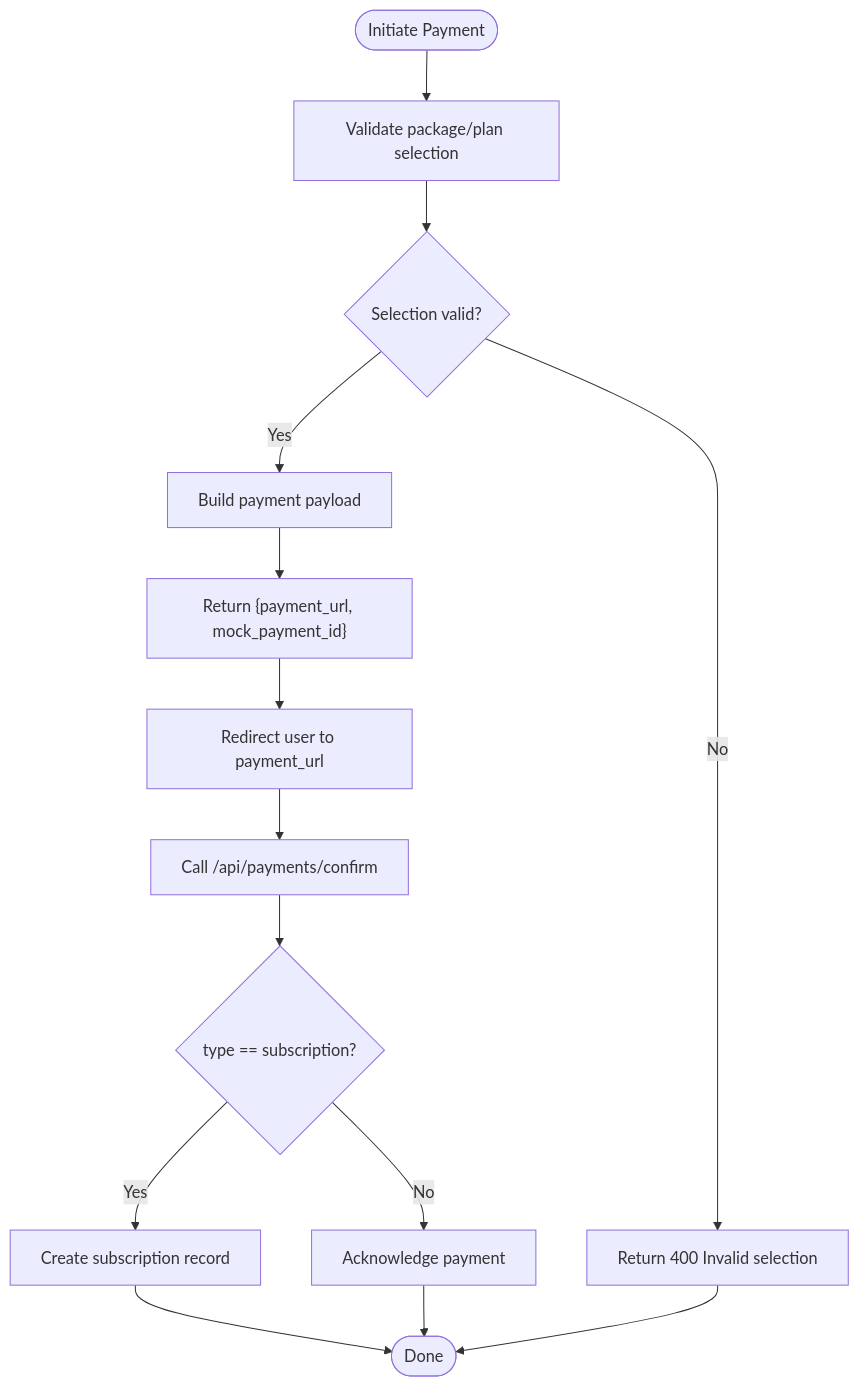
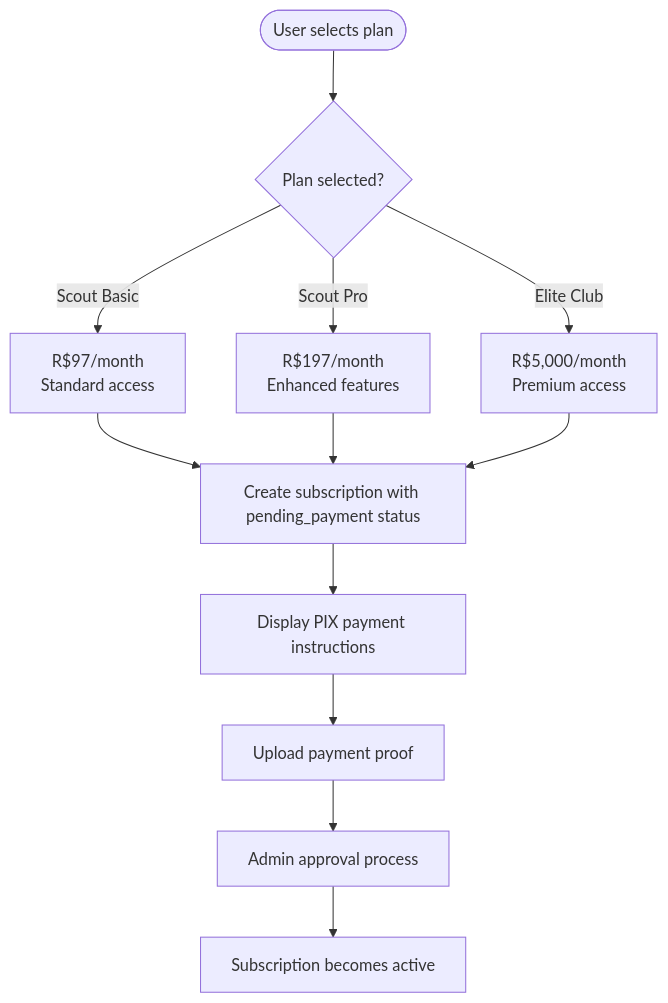
The third of 5 diagrams in .qoder/repowiki/en/content/Backend API Documentation/Payment Processing.md (Alexandrexicara/craque-vision), drawn with Mermaid before and after one commit. The commit also changed other lines of this file and 10 other files, not shown here.

````diff
--- a/.qoder/repowiki/en/content/Backend API Documentation/Payment Processing.md
+++ b/.qoder/repowiki/en/content/Backend API Documentation/Payment Processing.md
@@ -192,16 +224,14 @@
 ```mermaid
 flowchart TD
-Start(["Initiate Payment"]) --> Validate["Validate package/plan selection"]
-Validate --> Valid{"Selection valid?"}
-Valid --> |No| Err["Return 400 Invalid selection"]
-Valid --> |Yes| Build["Build payment payload"]
-Build --> MockURL["Return {payment_url, mock_payment_id}"]
-MockURL --> Redirect["Redirect user to payment_url"]
-Redirect --> Confirm["Call /api/payments/confirm"]
-Confirm --> Type{"type == subscription?"}
-Type --> |Yes| CreateSub["Create subscription record"]
-Type --> |No| Ack["Acknowledge payment"]
-CreateSub --> Done(["Done"])
-Ack --> Done
-Err --> Done
+Start(["User selects plan"]) --> Check{"Plan selected?"}
+Check --> |Scout Basic| Basic["R$97/month<br/>Standard access"]
+Check --> |Scout Pro| Pro["R$197/month<br/>Enhanced features"]
+Check --> |Elite Club| Elite["R$5,000/month<br/>Premium access"]
+Basic --> Create["Create subscription with pending_payment status"]
+Pro --> Create
+Elite --> Create
+Create --> PIX["Display PIX payment instructions"]
+PIX --> Upload["Upload payment proof"]
+Upload --> Approve["Admin approval process"]
+Approve --> Active["Subscription becomes active"]
 ```
````
